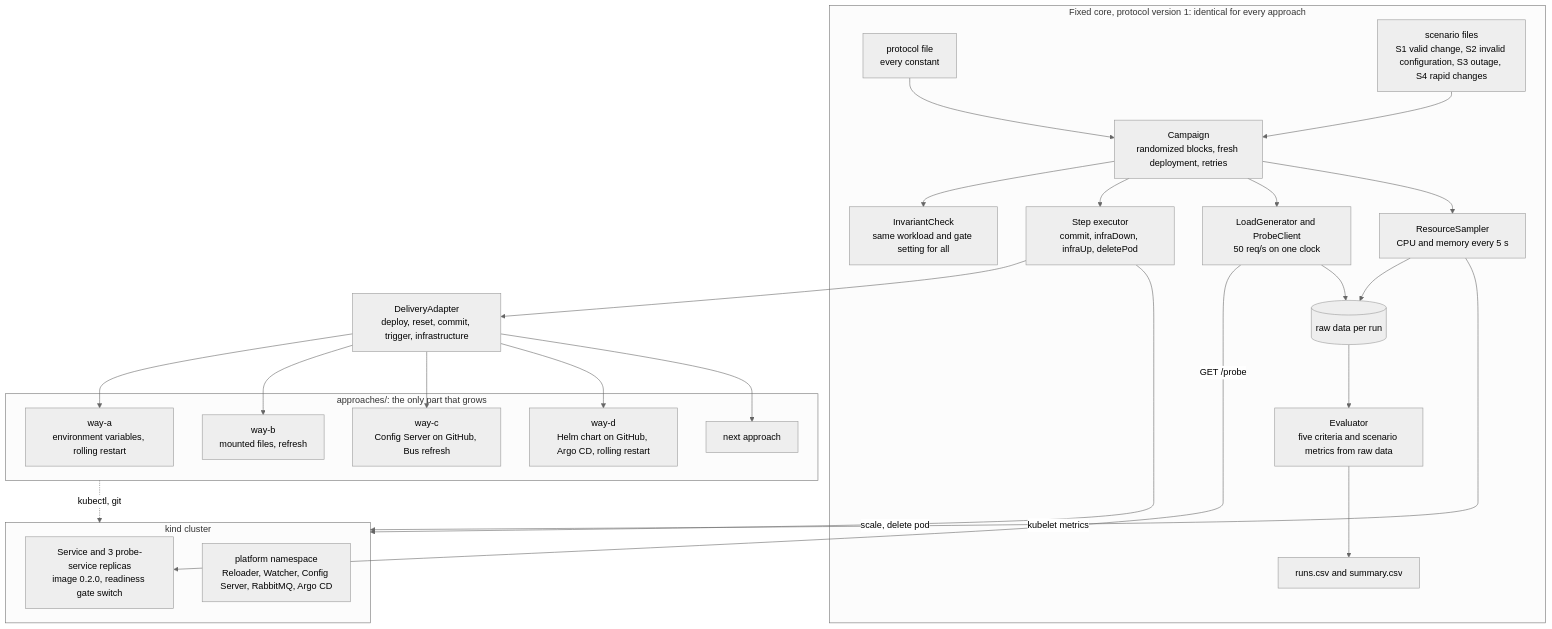
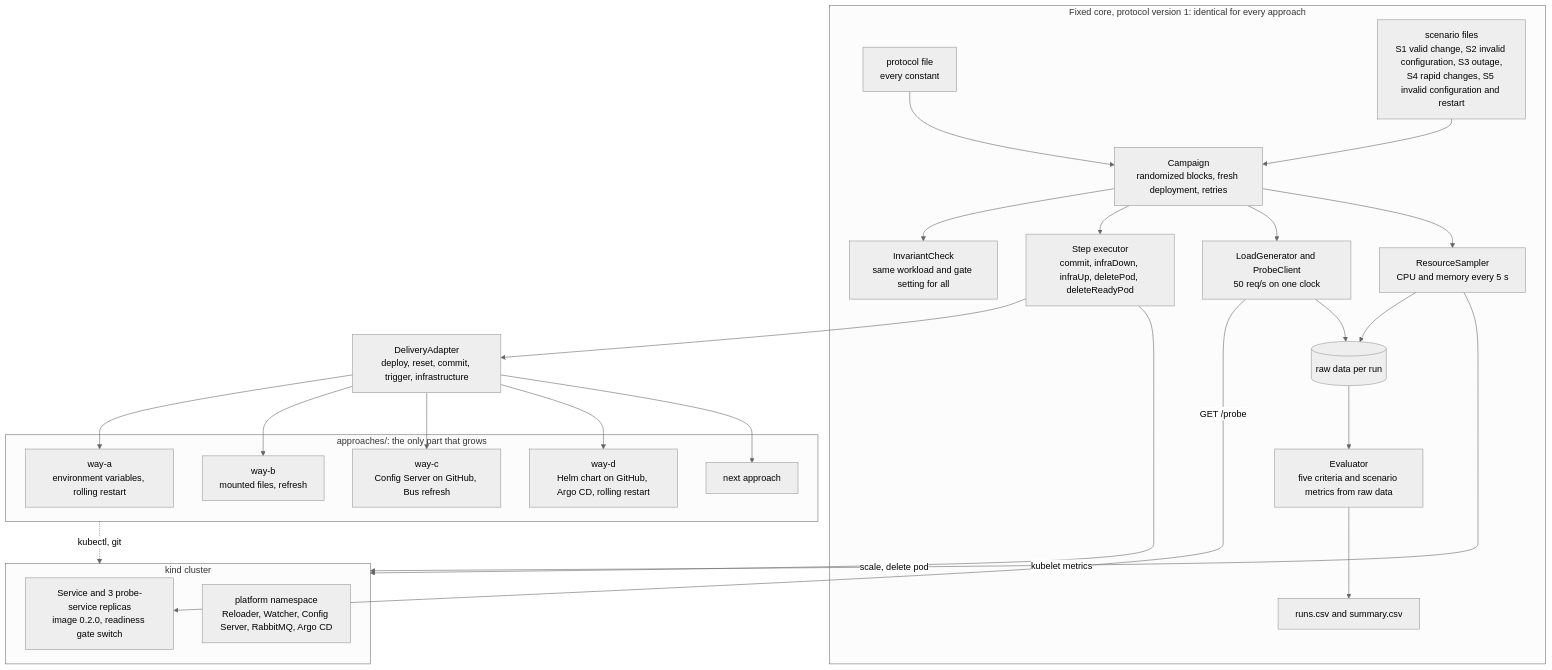
One commit to AimenFH/config-delivery-thesis changed the second of 6 diagrams in document/architecture.md. Above: the diagram before and after it, drawn with Mermaid (neutral theme). The commit also changed other lines of this file and 16 other files, not shown here.

````diff
--- a/document/architecture.md
+++ b/document/architecture.md
@@ -78,51 +78,51 @@
 ```mermaid
 flowchart TB
     subgraph core["Fixed core, protocol version 1: identical for every approach"]
         protocol["protocol file<br/>every constant"]
-        scen["scenario files<br/>S1 valid change, S2 invalid configuration, S3 outage, S4 rapid changes"]
+        scen["scenario files<br/>S1 valid change, S2 invalid configuration, S3 outage,<br/>S4 rapid changes, S5 invalid configuration and restart"]
         campaign["Campaign<br/>randomized blocks, fresh deployment, retries"]
-        steps["Step executor<br/>commit, infraDown, infraUp, deletePod"]
+        steps["Step executor<br/>commit, infraDown, infraUp, deletePod, deleteReadyPod"]
         inv["InvariantCheck<br/>same workload and gate setting for all"]
         load["LoadGenerator and ProbeClient<br/>50 req/s on one clock"]
         res["ResourceSampler<br/>CPU and memory every 5 s"]
         raw[("raw data per run")]
         eval["Evaluator<br/>five criteria and scenario metrics from raw data"]
         out["runs.csv and summary.csv"]
     end
 
     adapter["DeliveryAdapter<br/>deploy, reset, commit, trigger, infrastructure"]
 
     subgraph approaches["approaches/: the only part that grows"]
         a["way-a<br/>environment variables, rolling restart"]
         b["way-b<br/>mounted files, refresh"]
         c["way-c<br/>Config Server on GitHub, Bus refresh"]
         d["way-d<br/>Helm chart on GitHub, Argo CD, rolling restart"]
         n["next approach"]
     end
 
     subgraph cluster["kind cluster"]
         svc["Service and 3 probe-service replicas<br/>image 0.2.0, readiness gate switch"]
         infra["platform namespace<br/>Reloader, Watcher, Config Server, RabbitMQ, Argo CD"]
     end
 
     protocol --> campaign
     scen --> campaign
     campaign --> inv
     campaign --> steps
     steps --> adapter
     steps -- "scale, delete pod" --> cluster
     adapter --> a
     adapter --> b
     adapter --> c
     adapter --> d
     adapter --> n
     approaches -. "kubectl, git" .-> cluster
     campaign --> load
     campaign --> res
     load -- "GET /probe" --> svc
     res -- "kubelet metrics" --> cluster
     load --> raw
     res --> raw
     raw --> eval
     eval --> out
 ```
````
